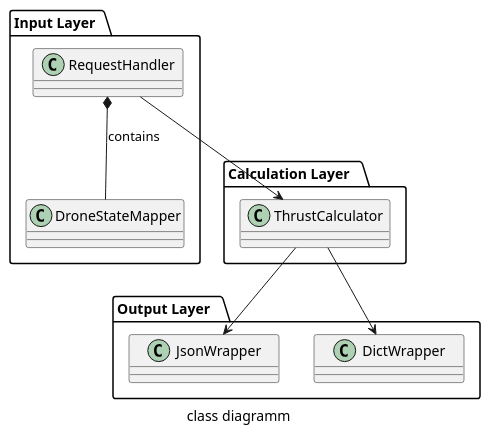
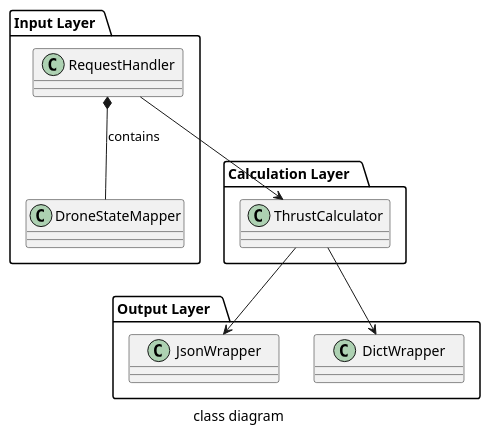
The diagram in docs/uml/class-diagram.puml (treeandsea/DroneController), drawn with PlantUML before and after one commit. The commit also changed 1 other file, not shown here.

```diff
--- a/docs/uml/class-diagram.puml
+++ b/docs/uml/class-diagram.puml
@@ -1,23 +1,23 @@
 @startuml
 skinparam minClassWidth 150
 package "Input Layer  " {
     class RequestHandler
     class DroneStateMapper
 
     RequestHandler *-- DroneStateMapper : contains
 }
 
 package "Calculation Layer   " {
     class ThrustCalculator
 }
 
 package "Output Layer   " {
     class JsonWrapper
     class DictWrapper
 }
 
 RequestHandler --> ThrustCalculator
 ThrustCalculator --> JsonWrapper
 ThrustCalculator --> DictWrapper
-caption class diagramm
+caption class diagram
 @enduml
```
